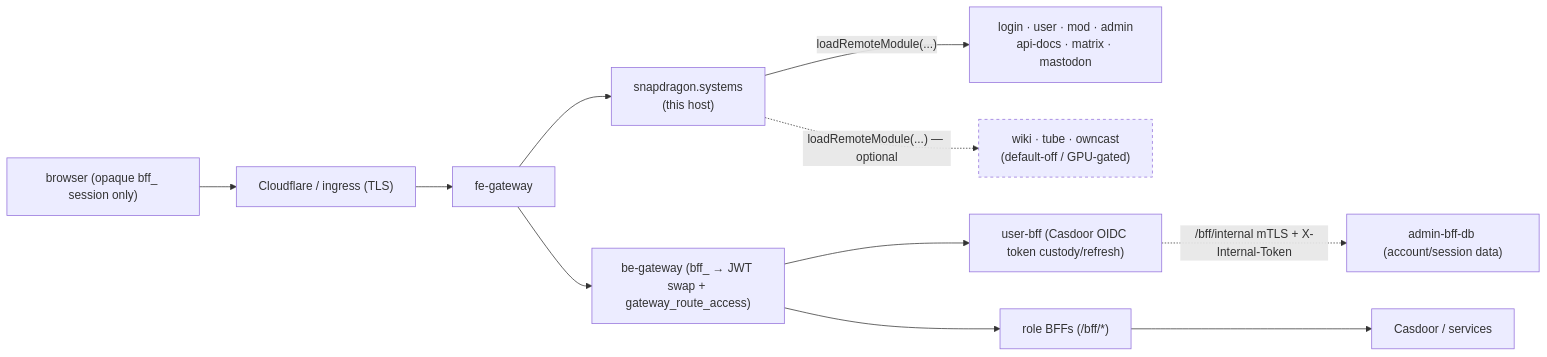
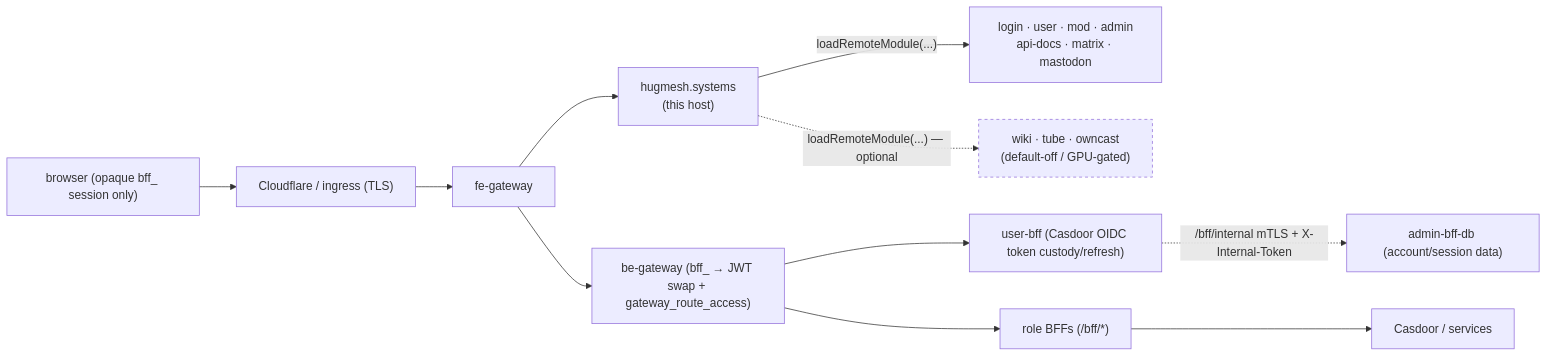
One commit to hugmesh/hugmesh-host-shell changed the diagram in README.md. Above: the diagram before and after it, drawn with Mermaid. The commit also changed other lines of this file and 54 other files, not shown here.

````diff
--- a/README.md
+++ b/README.md
@@ -190,16 +190,16 @@
 ```mermaid
 flowchart LR
   browser["browser (opaque bff_ session only)"] --> ingress["Cloudflare / ingress (TLS)"]
   ingress --> fe["fe-gateway"]
-  fe --> host["snapdragon.systems<br/>(this host)"]
+  fe --> host["hugmesh.systems<br/>(this host)"]
   host -->|"loadRemoteModule(...)"| core["login · user · mod · admin<br/>api-docs · matrix · mastodon"]
   host -.->|"loadRemoteModule(...) — optional"| opt["wiki · tube · owncast<br/>(default-off / GPU-gated)"]
   fe --> be["be-gateway (bff_ → JWT swap + gateway_route_access)"]
   be --> ubff["user-bff (Casdoor OIDC token custody/refresh)"]
   be --> bff["role BFFs (/bff/*)"]
   ubff -.->|"/bff/internal mTLS + X-Internal-Token"| abff["admin-bff-db (account/session data)"]
   bff --> svc["Casdoor / services"]
 
   classDef planned stroke-dasharray:4
   class opt planned
 ```
````
